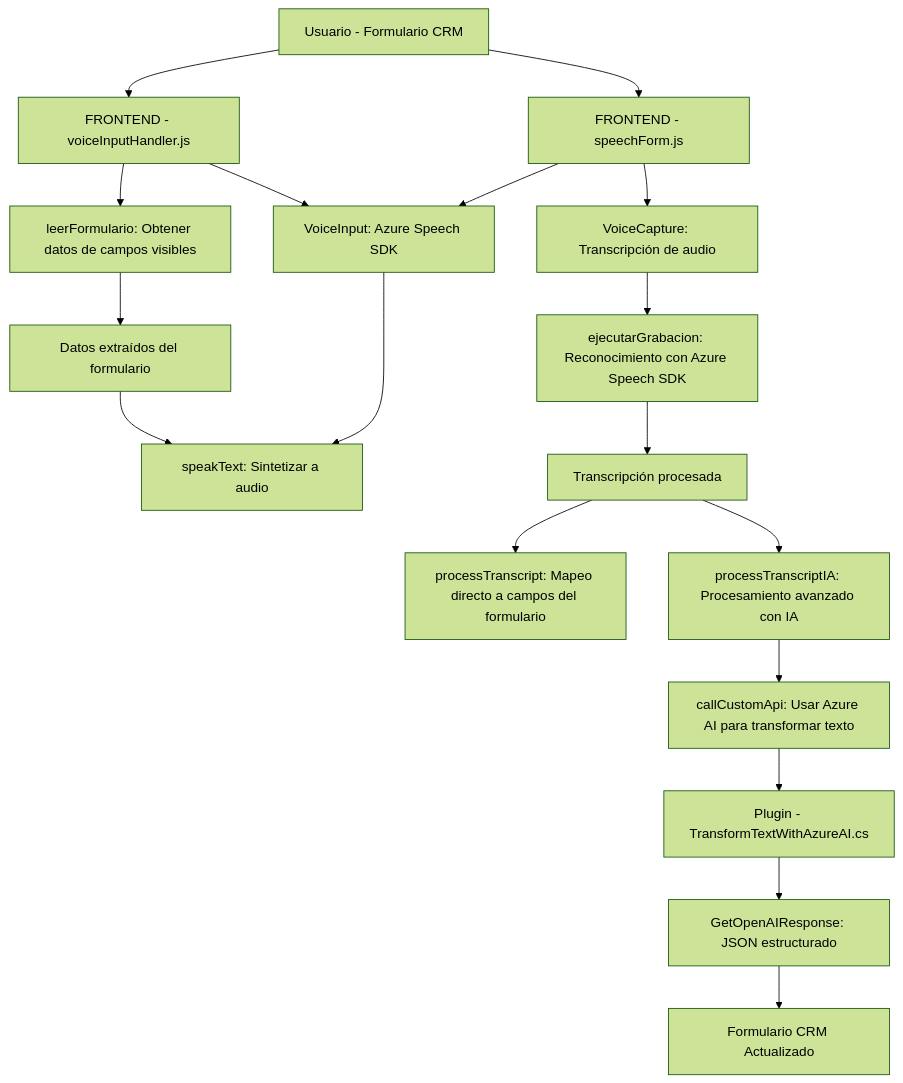
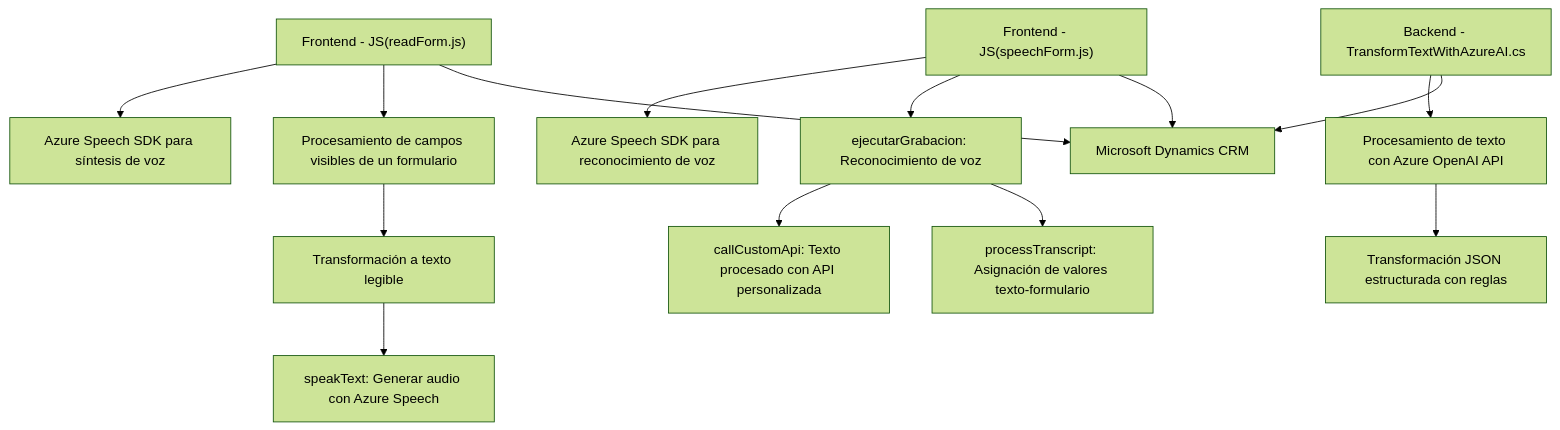
The diagram in README.md (blopezdm/NETCORE_BILBAO2025), drawn with Mermaid (forest theme) before and after one commit. The commit also changed other lines of this file, not shown here.

Commit message:
Actualizar análisis global de la solución con IA

````diff
--- a/README.md
+++ b/README.md
@@ -46,26 +39,19 @@
 ```mermaid
 graph TD
-    A[Usuario - Formulario CRM] --> B[FRONTEND - voiceInputHandler.js]
-    A --> C[FRONTEND - speechForm.js]
-
-    B --> D["VoiceInput: Azure Speech SDK"]
-    C --> D
-
-    B --> E["leerFormulario: Obtener datos de campos visibles"]
-    E --> G[Datos extraídos del formulario]
-    G --> F["speakText: Sintetizar a audio"]
-    D --> F
-
-    C --> H["VoiceCapture: Transcripción de audio"]
-    H --> I["ejecutarGrabacion: Reconocimiento con Azure Speech SDK"]
-    I --> J["Transcripción procesada"]
-    J --> K["processTranscript: Mapeo directo a campos del formulario"]
-    J --> L["processTranscriptIA: Procesamiento avanzado con IA"]
-    L --> M["callCustomApi: Usar Azure AI para transformar texto"]
-
-    N[Plugin - TransformTextWithAzureAI.cs]
-    M --> N
-    N --> O["GetOpenAIResponse: JSON estructurado"]
-
-    O --> P[Formulario CRM Actualizado]
+    A["Frontend - JS(readForm.js)"] --> B["Azure Speech SDK para síntesis de voz"]
+    A --> C["Procesamiento de campos visibles de un formulario"]
+    C --> D["Transformación a texto legible"]
+    D --> E["speakText: Generar audio con Azure Speech"]
+    
+    F["Frontend - JS(speechForm.js)"] --> G["Azure Speech SDK para reconocimiento de voz"]
+    F --> H["ejecutarGrabacion: Reconocimiento de voz"]
+    H --> I["callCustomApi: Texto procesado con API personalizada"]
+    H --> J["processTranscript: Asignación de valores texto-formulario"]
+    
+    K["Backend - TransformTextWithAzureAI.cs"] --> L["Procesamiento de texto con Azure OpenAI API"]
+    L --> M["Transformación JSON estructurada con reglas"]
+    
+    A --> N["Microsoft Dynamics CRM"]
+    F --> N
+    K --> N
 ```
````
